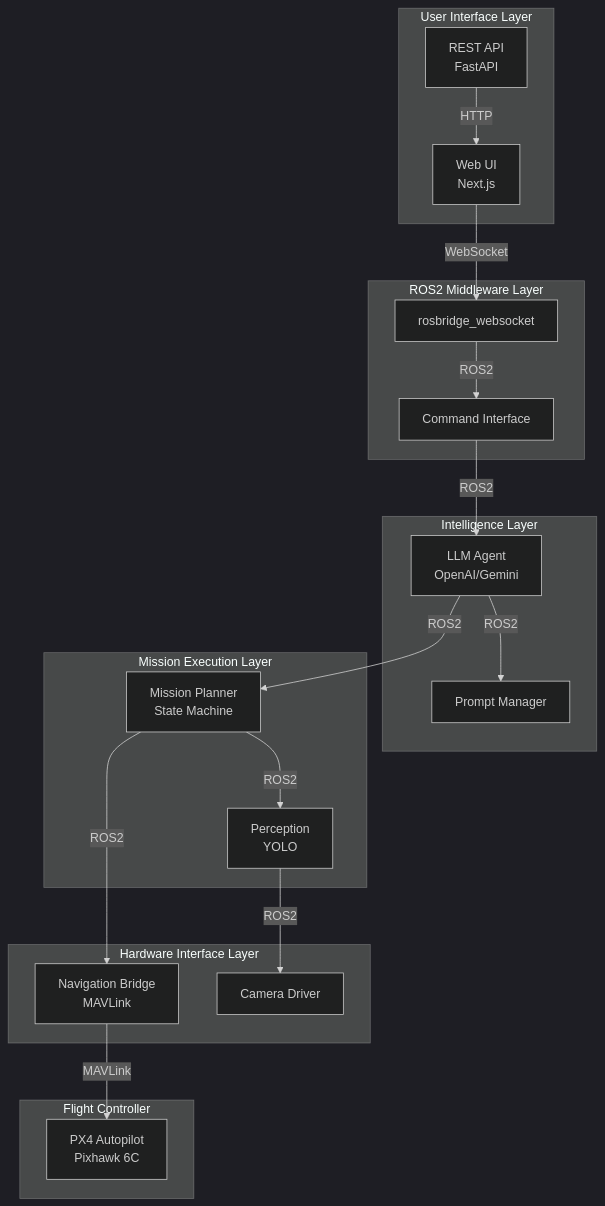
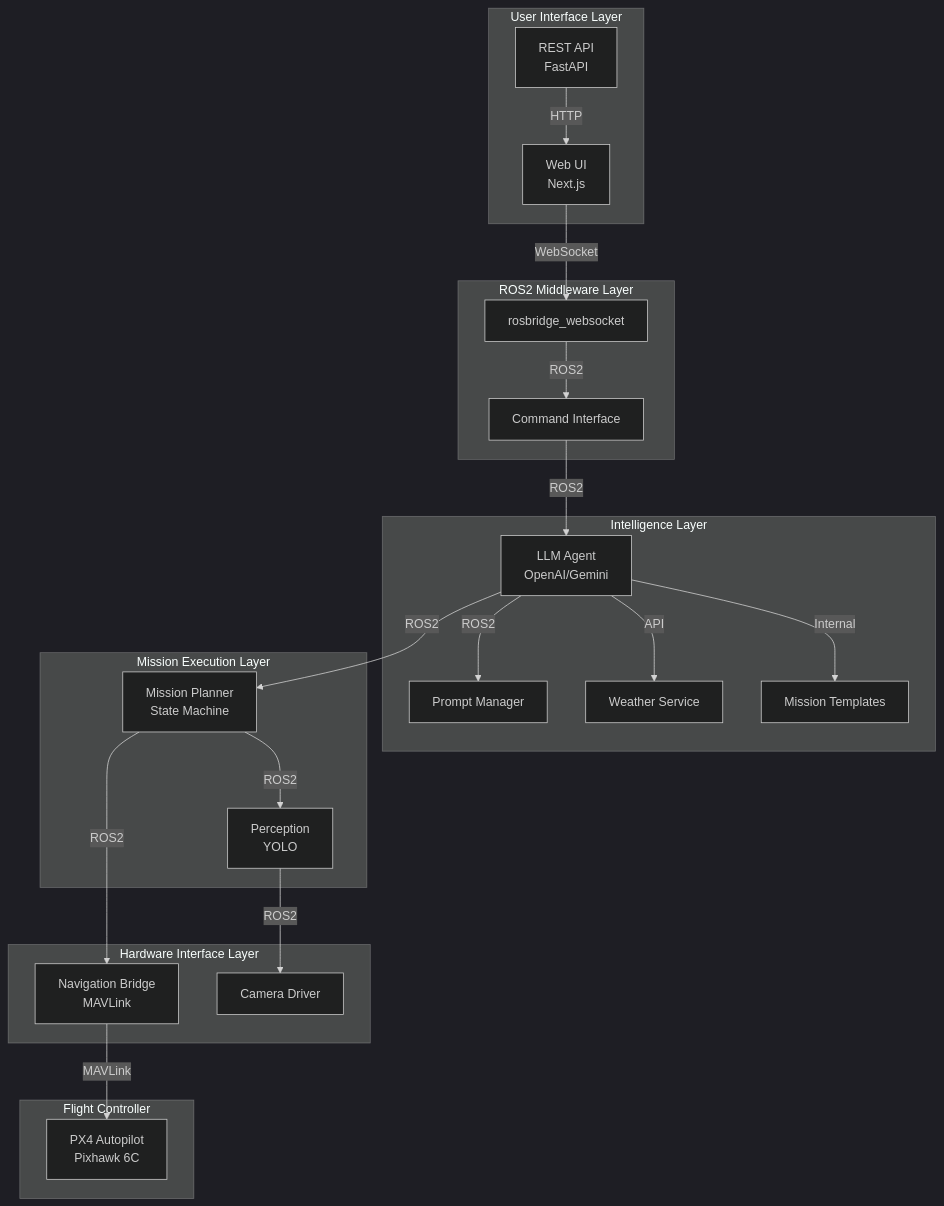
One commit to arnenoori/skyscout changed the first of 5 diagrams in docs/ARCHITECTURE.md. Above: the diagram before and after it, drawn with Mermaid (dark theme). The commit also changed other lines of this file and 4 other files, not shown here.

````diff
--- a/docs/ARCHITECTURE.md
+++ b/docs/ARCHITECTURE.md
@@ -25,42 +25,46 @@
 ```mermaid
 graph TB
     subgraph "User Interface Layer"
         A[Web UI<br/>Next.js]
         B[REST API<br/>FastAPI]
     end
 
     subgraph "ROS2 Middleware Layer"
         C[rosbridge_websocket]
         D[Command Interface]
     end
 
     subgraph "Intelligence Layer"
         E[LLM Agent<br/>OpenAI/Gemini]
         F[Prompt Manager]
+        L[Weather Service]
+        M[Mission Templates]
     end
 
     subgraph "Mission Execution Layer"
         G[Mission Planner<br/>State Machine]
         H[Perception<br/>YOLO]
     end
 
     subgraph "Hardware Interface Layer"
         I[Navigation Bridge<br/>MAVLink]
         J[Camera Driver]
     end
 
     subgraph "Flight Controller"
         K[PX4 Autopilot<br/>Pixhawk 6C]
     end
 
     A -->|WebSocket| C
     B -->|HTTP| A
     C -->|ROS2| D
     D -->|ROS2| E
     E -->|ROS2| F
+    E -->|API| L
+    E -->|Internal| M
     E -->|ROS2| G
     G -->|ROS2| H
     G -->|ROS2| I
     H -->|ROS2| J
     I -->|MAVLink| K
 ```
````
